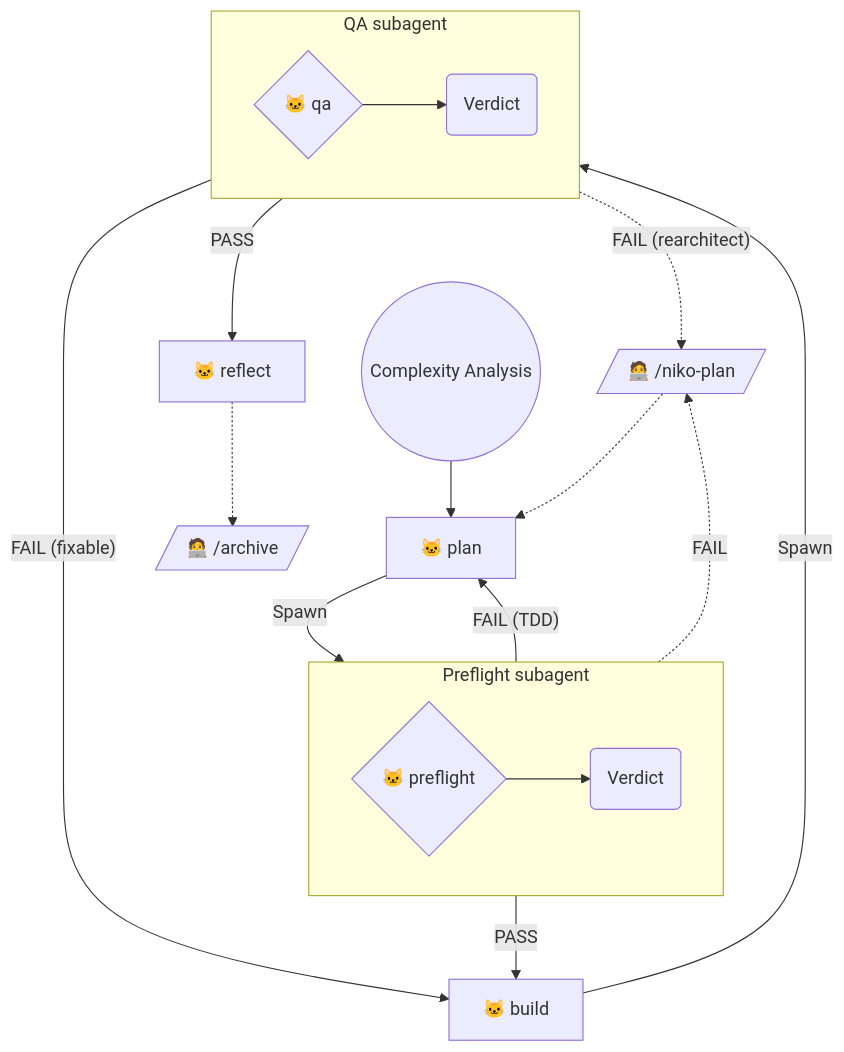
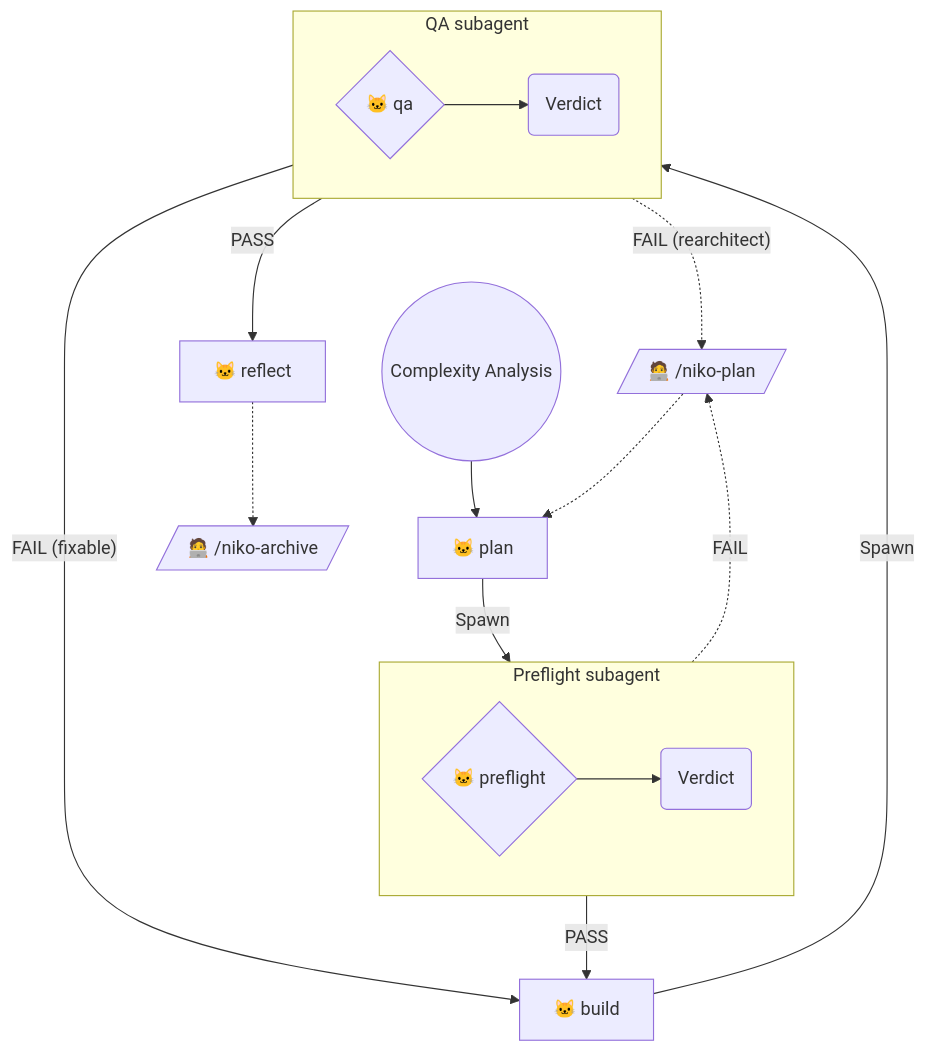
Before and after one commit to Texarkanine/.cursor-rules: the diagram in rulesets/niko/skills/niko/references/level2/level2-workflow.md, drawn with Mermaid. The commit also changed other lines of this file and 10 other files, not shown here.

````diff
--- a/rulesets/niko/skills/niko/references/level2/level2-workflow.md
+++ b/rulesets/niko/skills/niko/references/level2/level2-workflow.md
@@ -9,24 +9,23 @@
 ```mermaid
 graph TD
     Start(("Complexity Analysis")) --> NikoPlan["🐱 plan"]
     NikoPlan --Spawn--> NikoPreflight
     subgraph PreflightSubagent["Preflight subagent"]
         direction LR
         NikoPreflight{"🐱 preflight"} --> PreflightVerdict("Verdict")
     end
     PreflightVerdict -->|"PASS"| NikoBuild["🐱 build"]
-    PreflightVerdict -->|"FAIL (TDD)"| NikoPlan
     PreflightVerdict -.->|"FAIL"| ManualPlan[/"🧑‍💻 /niko-plan"/]
 
     NikoBuild --Spawn--> NikoQA
     subgraph QASubagent["QA subagent"]
         direction LR
         NikoQA{"🐱 qa"} --> QAVerdict("Verdict")
     end
     QAVerdict -->|"PASS"| NikoReflect["🐱 reflect"]
-    NikoReflect -.-> ManualArchive[/"🧑‍💻 /archive"/]
+    NikoReflect -.-> ManualArchive[/"🧑‍💻 /niko-archive"/]
     QAVerdict -->|"FAIL (fixable)"| NikoBuild
     QAVerdict -.->|"FAIL (rearchitect)"| ManualPlan
 
     ManualPlan -.-> NikoPlan
 ```
````
